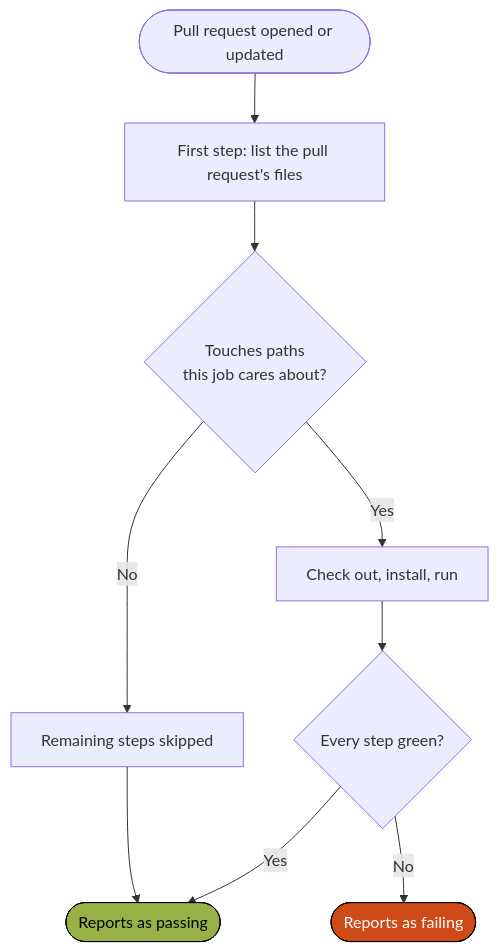
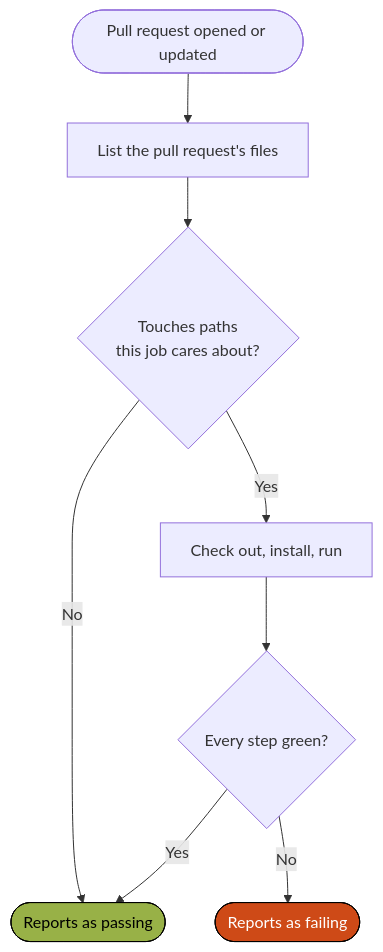
Before and after one commit to Scouterna/wsj27-campfire: the diagram in docs/guidebook/development/continuous-integration.md, drawn with Mermaid. The commit also changed other lines of this file and 93 other files, not shown here.

````diff
--- a/docs/guidebook/development/continuous-integration.md
+++ b/docs/guidebook/development/continuous-integration.md
@@ -16,17 +23,16 @@
 ```mermaid
 flowchart TD
-  PR(["Pull request opened or updated"]) --> Ask["First step: list the pull request's files"]
+  PR(["Pull request opened or updated"]) --> Ask["List the pull request's files"]
   Ask --> Match{"Touches paths<br/>this job cares about?"}
-  Match -->|No| Skip["Remaining steps skipped"]
+  Match -->|No| Green(["Reports as passing"])
   Match -->|Yes| Run["Check out, install, run"]
-  Skip --> Green(["Reports as passing"])
   Run --> Ok{"Every step green?"}
   Ok -->|Yes| Green
   Ok -->|No| Red(["Reports as failing"])
 
   Green:::pass
   Red:::fail
 
   classDef pass fill:#98b147,stroke:#000000,color:#000000
   classDef fail fill:#ce4a17,stroke:#000000,color:#ffffff
 ```
````
